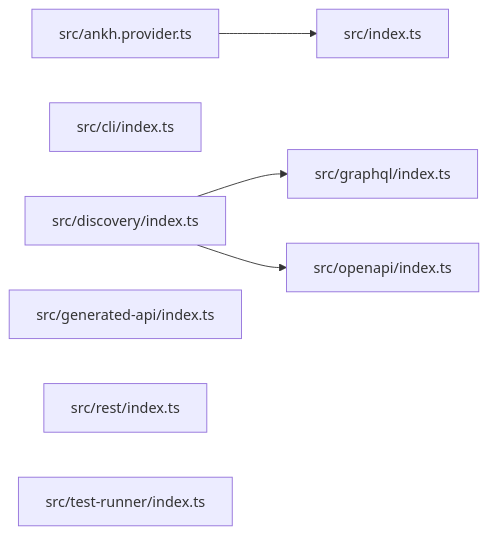
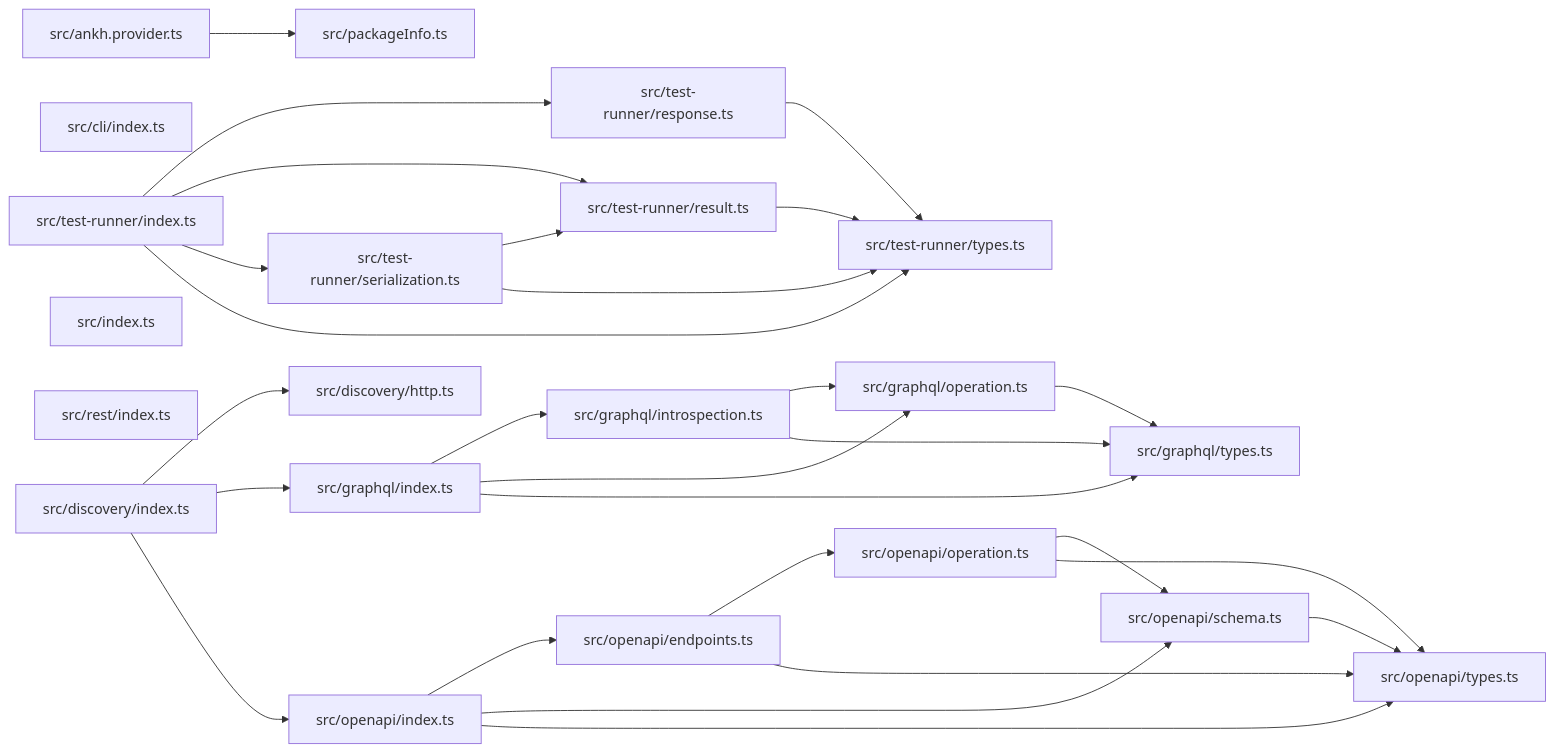
One commit to ankhorage/data-sources changed the diagram in paradox/diagrams/module-relationships.mmd. Above: the diagram before and after it, drawn with Mermaid. The commit also changed 49 other files, not shown here.

```diff
--- a/paradox/diagrams/module-relationships.mmd
+++ b/paradox/diagrams/module-relationships.mmd
@@ -1,13 +1,48 @@
 graph LR
   module_src_ankh_provider_ts["src/ankh.provider.ts"]
   module_src_cli_index_ts["src/cli/index.ts"]
+  module_src_discovery_http_ts["src/discovery/http.ts"]
   module_src_discovery_index_ts["src/discovery/index.ts"]
-  module_src_generated_api_index_ts["src/generated-api/index.ts"]
   module_src_graphql_index_ts["src/graphql/index.ts"]
+  module_src_graphql_introspection_ts["src/graphql/introspection.ts"]
+  module_src_graphql_operation_ts["src/graphql/operation.ts"]
+  module_src_graphql_types_ts["src/graphql/types.ts"]
   module_src_index_ts["src/index.ts"]
+  module_src_openapi_endpoints_ts["src/openapi/endpoints.ts"]
   module_src_openapi_index_ts["src/openapi/index.ts"]
+  module_src_openapi_operation_ts["src/openapi/operation.ts"]
+  module_src_openapi_schema_ts["src/openapi/schema.ts"]
+  module_src_openapi_types_ts["src/openapi/types.ts"]
+  module_src_packageInfo_ts["src/packageInfo.ts"]
   module_src_rest_index_ts["src/rest/index.ts"]
   module_src_test_runner_index_ts["src/test-runner/index.ts"]
-  module_src_ankh_provider_ts --> module_src_index_ts
+  module_src_test_runner_response_ts["src/test-runner/response.ts"]
+  module_src_test_runner_result_ts["src/test-runner/result.ts"]
+  module_src_test_runner_serialization_ts["src/test-runner/serialization.ts"]
+  module_src_test_runner_types_ts["src/test-runner/types.ts"]
+  module_src_ankh_provider_ts --> module_src_packageInfo_ts
+  module_src_discovery_index_ts --> module_src_discovery_http_ts
   module_src_discovery_index_ts --> module_src_graphql_index_ts
   module_src_discovery_index_ts --> module_src_openapi_index_ts
+  module_src_graphql_index_ts --> module_src_graphql_introspection_ts
+  module_src_graphql_index_ts --> module_src_graphql_operation_ts
+  module_src_graphql_index_ts --> module_src_graphql_types_ts
+  module_src_graphql_introspection_ts --> module_src_graphql_operation_ts
+  module_src_graphql_introspection_ts --> module_src_graphql_types_ts
+  module_src_graphql_operation_ts --> module_src_graphql_types_ts
+  module_src_openapi_endpoints_ts --> module_src_openapi_operation_ts
+  module_src_openapi_endpoints_ts --> module_src_openapi_types_ts
+  module_src_openapi_index_ts --> module_src_openapi_endpoints_ts
+  module_src_openapi_index_ts --> module_src_openapi_schema_ts
+  module_src_openapi_index_ts --> module_src_openapi_types_ts
+  module_src_openapi_operation_ts --> module_src_openapi_schema_ts
+  module_src_openapi_operation_ts --> module_src_openapi_types_ts
+  module_src_openapi_schema_ts --> module_src_openapi_types_ts
+  module_src_test_runner_index_ts --> module_src_test_runner_response_ts
+  module_src_test_runner_index_ts --> module_src_test_runner_result_ts
+  module_src_test_runner_index_ts --> module_src_test_runner_serialization_ts
+  module_src_test_runner_index_ts --> module_src_test_runner_types_ts
+  module_src_test_runner_response_ts --> module_src_test_runner_types_ts
+  module_src_test_runner_result_ts --> module_src_test_runner_types_ts
+  module_src_test_runner_serialization_ts --> module_src_test_runner_result_ts
+  module_src_test_runner_serialization_ts --> module_src_test_runner_types_ts
```
